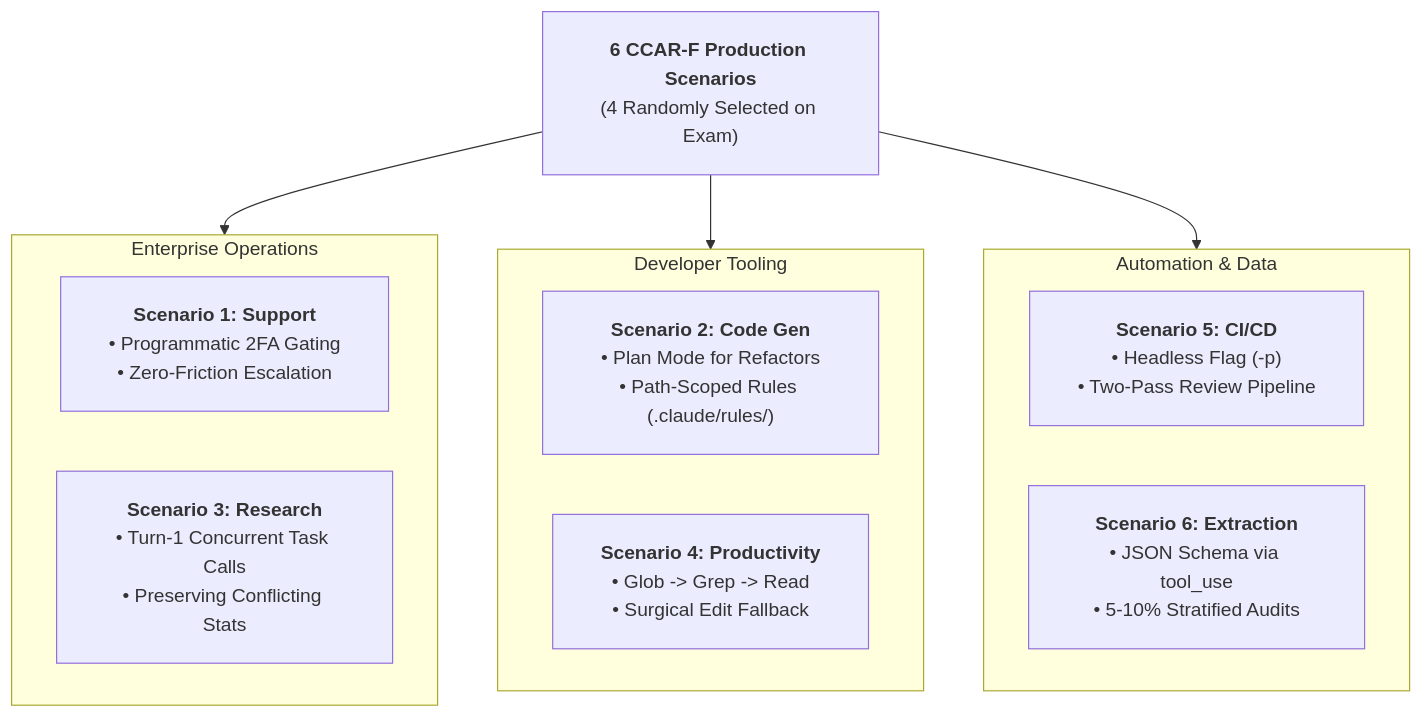
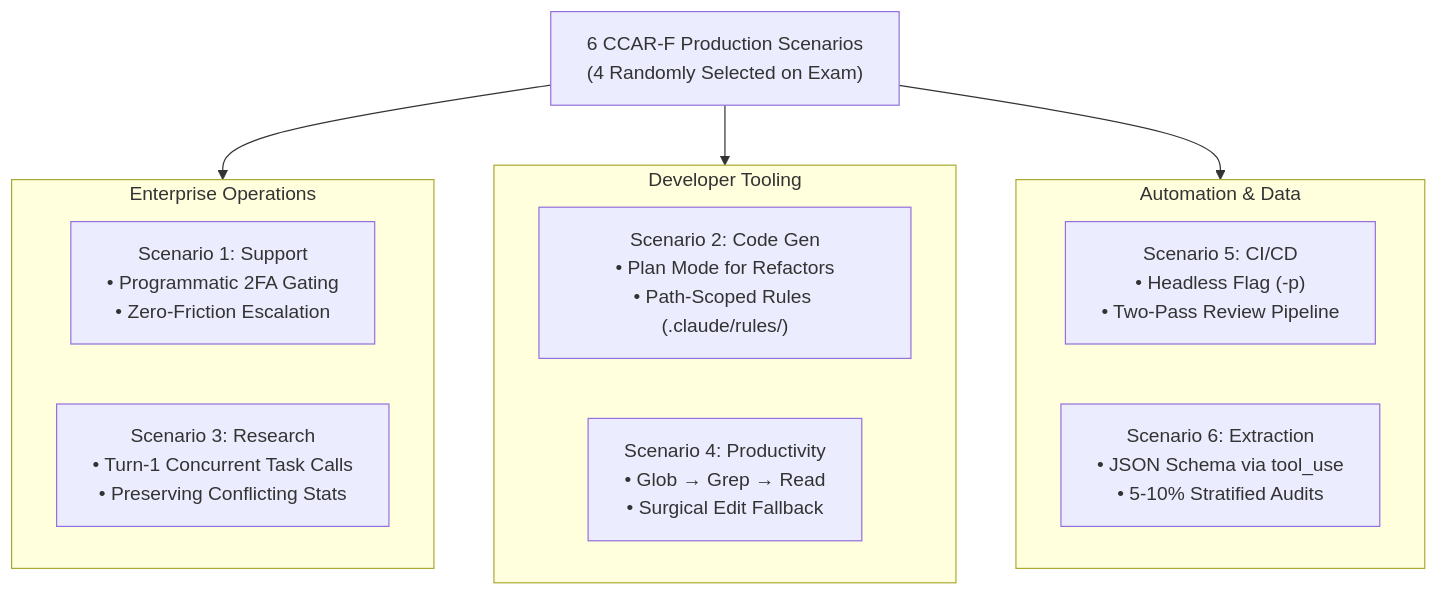
Before and after one commit to dip4k/claude_cert_architect_foundation_prep: the diagram in scenarios/README.md, drawn with Mermaid. The commit also changed 31 other files, not shown here.

First line of the commit message:
docs(diagrams): fix GitHub Mermaid rendering cut-off, wrappingWidth, and entity escapes across all 32 docs

````diff
--- a/scenarios/README.md
+++ b/scenarios/README.md
@@ -16,24 +16,24 @@
 ```mermaid
-%%{init: {"flowchart": {"htmlLabels": true, "padding": 20}}}%%
+%%{init: {"flowchart": {"htmlLabels": true, "wrappingWidth": 250}}}%%
 flowchart TD
-    Scenarios["<b>6 CCAR-F Production Scenarios</b><br/>(4 Randomly Selected on Exam)"]
+    Scenarios["6 CCAR-F Production Scenarios<br/>(4 Randomly Selected on Exam)"]
     
     subgraph Ops["Enterprise Operations"]
-        S1["<b>Scenario 1: Support</b><br/>• Programmatic 2FA Gating<br/>• Zero-Friction Escalation"]
-        S3["<b>Scenario 3: Research</b><br/>• Turn-1 Concurrent Task Calls<br/>• Preserving Conflicting Stats"]
+        S1["Scenario 1: Support<br/>• Programmatic 2FA Gating<br/>• Zero-Friction Escalation"]
+        S3["Scenario 3: Research<br/>• Turn-1 Concurrent Task Calls<br/>• Preserving Conflicting Stats"]
     end
 
     subgraph Dev["Developer Tooling"]
-        S2["<b>Scenario 2: Code Gen</b><br/>• Plan Mode for Refactors<br/>• Path-Scoped Rules (.claude/rules/)"]
-        S4["<b>Scenario 4: Productivity</b><br/>• Glob -> Grep -> Read<br/>• Surgical Edit Fallback"]
+        S2["Scenario 2: Code Gen<br/>• Plan Mode for Refactors<br/>• Path-Scoped Rules (.claude/rules/)"]
+        S4["Scenario 4: Productivity<br/>• Glob → Grep → Read<br/>• Surgical Edit Fallback"]
     end
 
     subgraph Auto["Automation & Data"]
-        S5["<b>Scenario 5: CI/CD</b><br/>• Headless Flag (-p)<br/>• Two-Pass Review Pipeline"]
-        S6["<b>Scenario 6: Extraction</b><br/>• JSON Schema via tool_use<br/>• 5-10% Stratified Audits"]
+        S5["Scenario 5: CI/CD<br/>• Headless Flag (-p)<br/>• Two-Pass Review Pipeline"]
+        S6["Scenario 6: Extraction<br/>• JSON Schema via tool_use<br/>• 5-10% Stratified Audits"]
     end
 
     Scenarios --> Ops
     Scenarios --> Dev
     Scenarios --> Auto
 ```
````
